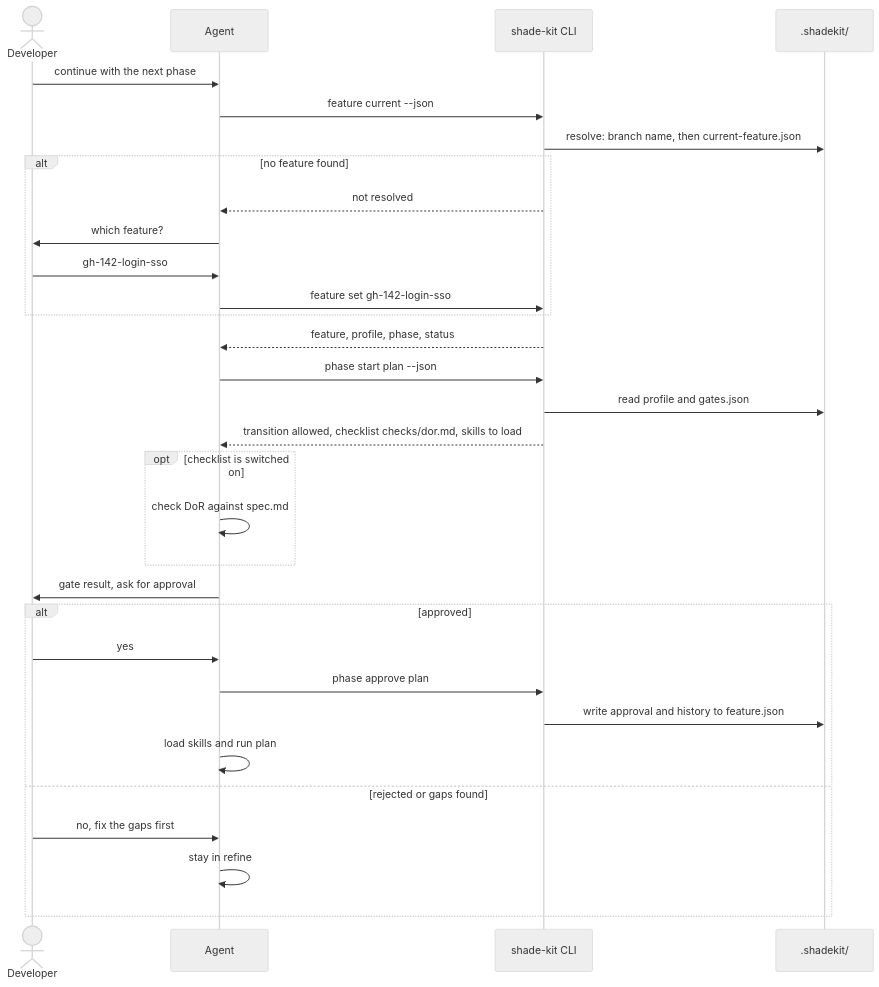
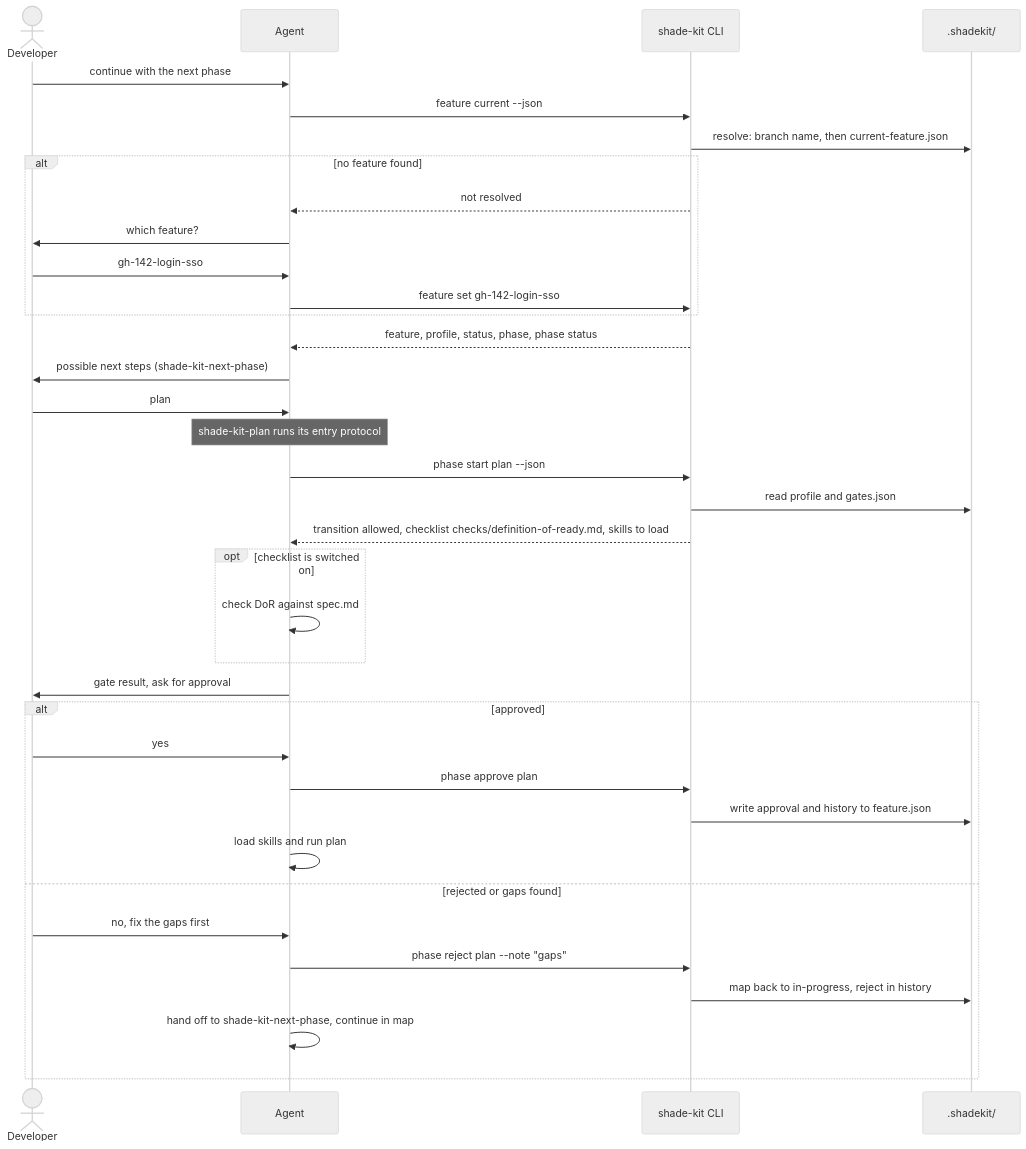
One commit to CreativeCodersTeam/shade-kit changed the fourth of 4 diagrams in research/shade-kit-concept.md. Above: the diagram before and after it, drawn with Mermaid (neutral theme). The commit also changed other lines of this file and 170 other files, not shown here.

````diff
--- a/research/shade-kit-concept.md
+++ b/research/shade-kit-concept.md
@@ -405,34 +467,39 @@
 ```mermaid
 sequenceDiagram
     actor Dev as Developer
     participant Agent
     participant CLI as shade-kit CLI
     participant Store as .shadekit/
 
     Dev->>Agent: continue with the next phase
     Agent->>CLI: feature current --json
     CLI->>Store: resolve: branch name, then current-feature.json
     alt no feature found
         CLI-->>Agent: not resolved
         Agent->>Dev: which feature?
         Dev->>Agent: gh-142-login-sso
         Agent->>CLI: feature set gh-142-login-sso
     end
-    CLI-->>Agent: feature, profile, phase, status
+    CLI-->>Agent: feature, profile, status, phase, phase status
+    Agent->>Dev: possible next steps (shade-kit-next-phase)
+    Dev->>Agent: plan
+    Note over Agent: shade-kit-plan runs its entry protocol
     Agent->>CLI: phase start plan --json
     CLI->>Store: read profile and gates.json
-    CLI-->>Agent: transition allowed, checklist checks/dor.md, skills to load
+    CLI-->>Agent: transition allowed, checklist checks/definition-of-ready.md, skills to load
     opt checklist is switched on
         Agent->>Agent: check DoR against spec.md
     end
     Agent->>Dev: gate result, ask for approval
     alt approved
         Dev->>Agent: yes
         Agent->>CLI: phase approve plan
         CLI->>Store: write approval and history to feature.json
         Agent->>Agent: load skills and run plan
     else rejected or gaps found
         Dev->>Agent: no, fix the gaps first
-        Agent->>Agent: stay in refine
+        Agent->>CLI: phase reject plan --note "gaps"
+        CLI->>Store: map back to in-progress, reject in history
+        Agent->>Agent: hand off to shade-kit-next-phase, continue in map
     end
 ```
````
